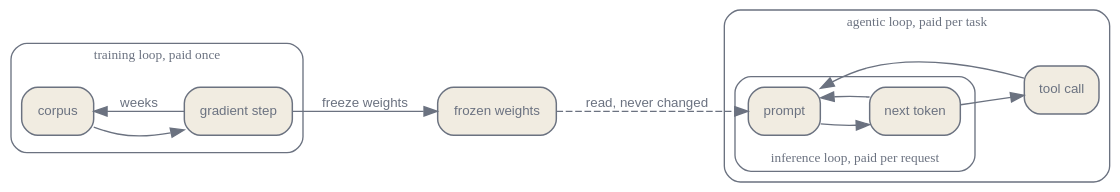
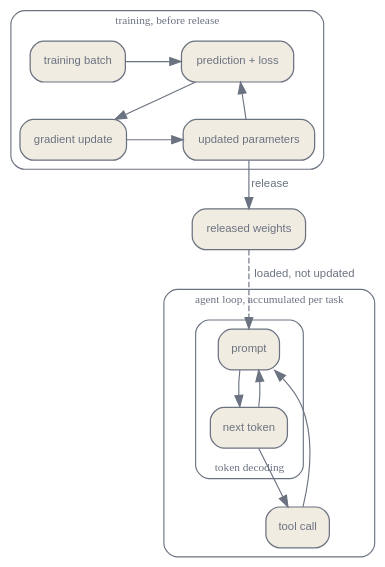
The second of 2 diagrams in en/orientation/01-whole-stack.qmd (latere-ai/ai-as-an-infrastructure), drawn with Graphviz before and after one commit. The commit also changed other lines of this file and 5 other files, not shown here.

````diff
--- a/en/orientation/01-whole-stack.qmd
+++ b/en/orientation/01-whole-stack.qmd
@@ -171,34 +230,42 @@
 ```{dot}
 //| label: fig-whole-stack-loops
-//| fig-cap: "The three nested loops. The training loop runs once and freezes weights. Each inference loop reads those frozen weights and is paid per request. The agentic loop wraps many inference loops per task. Cost is paid at the cadence each loop runs."
+//| fig-cap: "Three repeated processes at different timescales. Training updates parameters before release. A model call decodes tokens from fixed weights. An agent task may contain several model calls and tool interactions."
 digraph {
   bgcolor="transparent";
-  rankdir=LR;
-  nodesep=0.4; ranksep=0.5;
+  rankdir=TB;
+  size="6,6";
+  ratio=compress;
+  nodesep=0.35; ranksep=0.45;
   node [shape=box, style="rounded,filled", fontname="Helvetica", fontsize=10, color="#6b7280", fontcolor="#6b7280", fillcolor="#f1ece1", penwidth=1.1];
   edge [fontsize=10, fontname="Helvetica", color="#6b7280", fontcolor="#6b7280"];
   subgraph cluster_TR {
-    label="training loop, paid once"; style=rounded; color="#6b7280"; fontcolor="#6b7280"; fontsize=10;
-    corpus [label="corpus"];
-    grad [label="gradient step"];
-    corpus -> grad;
-    grad -> corpus [label="weeks"];
+    label="training, before release"; style=rounded; color="#6b7280"; fontcolor="#6b7280"; fontsize=10;
+    batch [label="training batch"];
+    loss [label="prediction + loss"];
+    grad [label="gradient update"];
+    params [label="updated parameters"];
+    { rank=same; batch; loss; }
+    { rank=same; grad; params; }
+    batch -> loss;
+    loss -> grad;
+    grad -> params;
+    params -> loss;
   }
-  W [label="frozen weights"];
+  W [label="released weights"];
   subgraph cluster_AG {
-    label="agentic loop, paid per task"; style=rounded; color="#6b7280"; fontcolor="#6b7280"; fontsize=10;
+    label="agent loop, accumulated per task"; style=rounded; color="#6b7280"; fontcolor="#6b7280"; fontsize=10;
     subgraph cluster_INF {
-      label="inference loop, paid per request"; labelloc="b"; style=rounded; color="#6b7280"; fontcolor="#6b7280"; fontsize=10;
+      label="token decoding"; labelloc="b"; style=rounded; color="#6b7280"; fontcolor="#6b7280"; fontsize=10;
       prompt [label="prompt"];
       tok [label="next token"];
       prompt -> tok;
       tok -> prompt;
     }
     tool [label="tool call"];
     tok -> tool;
     tool -> prompt;
   }
-  grad -> W [label="freeze weights"];
-  W -> prompt [style=dashed, label="read, never changed"];
+  params -> W [label="release"];
+  W -> prompt [style=dashed, label="loaded, not updated"];
 }
 ```
````
